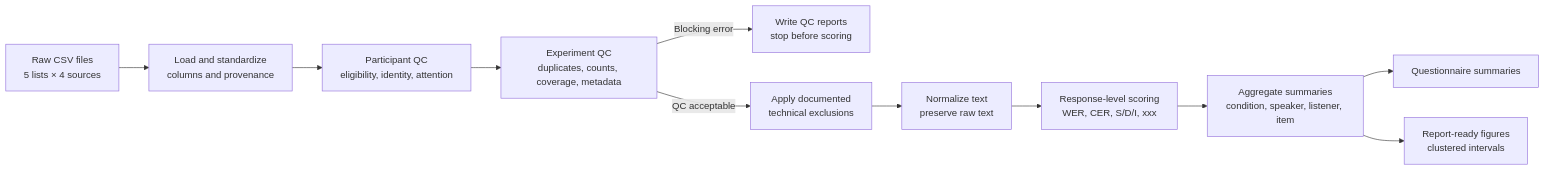
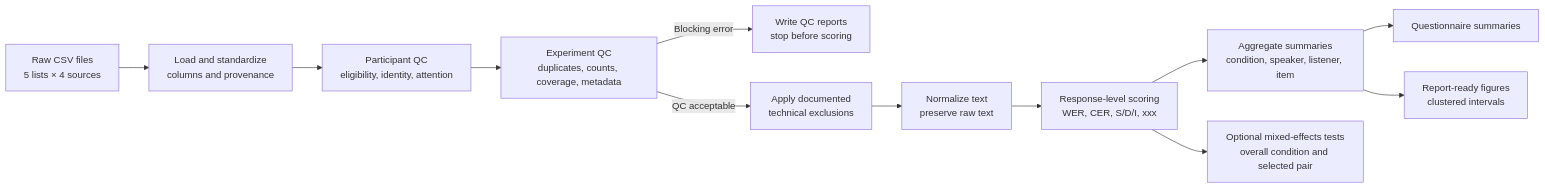
One commit to xi-yuan-gao/Subjective_human_evaluation_analysis changed the diagram in README.md. Above: the diagram before and after it, drawn with Mermaid. The commit also changed other lines of this file and 10 other files, not shown here.

Commit message:
add mixed-effects analysis

````diff
--- a/README.md
+++ b/README.md
@@ -19,13 +19,14 @@
 ```mermaid
 flowchart LR
     A[Raw CSV files<br/>5 lists × 4 sources] --> B[Load and standardize<br/>columns and provenance]
     B --> C[Participant QC<br/>eligibility, identity, attention]
     C --> D[Experiment QC<br/>duplicates, counts, coverage, metadata]
     D -->|Blocking error| E[Write QC reports<br/>stop before scoring]
     D -->|QC acceptable| F[Apply documented<br/>technical exclusions]
     F --> G[Normalize text<br/>preserve raw text]
     G --> H[Response-level scoring<br/>WER, CER, S/D/I, xxx]
     H --> I[Aggregate summaries<br/>condition, speaker, listener, item]
+    H --> L[Optional mixed-effects tests<br/>overall condition and selected pair]
     I --> J[Questionnaire summaries]
     I --> K[Report-ready figures<br/>clustered intervals]
 ```
````
